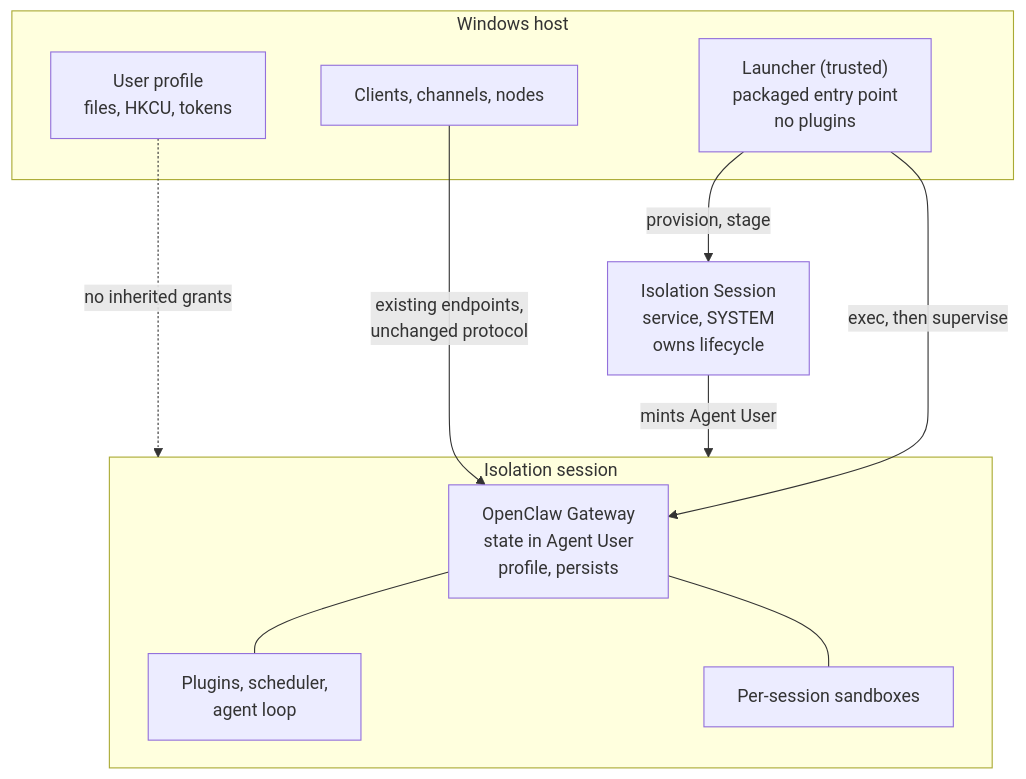
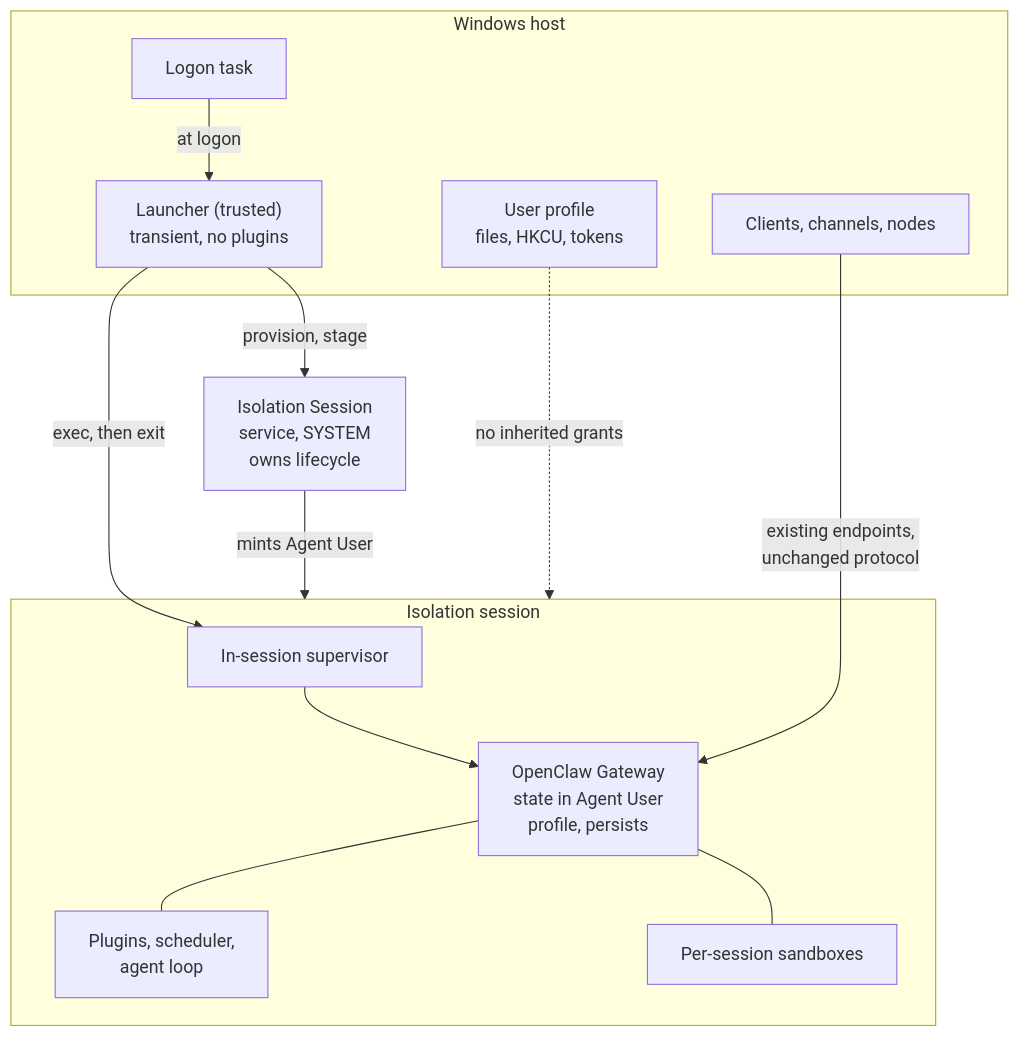
One commit to openclaw/rfcs changed the diagram in rfcs/0032-gateway-containment-windows-isolation-session.md. Above: the diagram before and after it, drawn with Mermaid. The commit also changed other lines of this file, not shown here.

First line of the commit message:
docs: correct the launcher lifetime -- it is transient, not resident

````diff
--- a/rfcs/0032-gateway-containment-windows-isolation-session.md
+++ b/rfcs/0032-gateway-containment-windows-isolation-session.md
@@ -339,24 +353,28 @@
 ```mermaid
 flowchart TB
   subgraph host["Windows host"]
     user["User profile<br/>files, HKCU, tokens"]
     client["Clients, channels, nodes"]
-    launcher["Launcher (trusted)<br/>packaged entry point<br/>no plugins"]
+    task["Logon task"]
+    launcher["Launcher (trusted)<br/>transient, no plugins"]
   end
 
   svc["Isolation Session<br/>service, SYSTEM<br/>owns lifecycle"]
 
   subgraph iso["Isolation session"]
+    sup["In-session supervisor"]
     gw["OpenClaw Gateway<br/>state in Agent User<br/>profile, persists"]
     plugins["Plugins, scheduler,<br/>agent loop"]
     sb["Per-session sandboxes"]
+    sup --> gw
     gw --- plugins
     gw --- sb
   end
 
+  task -->|"at logon"| launcher
   launcher -->|"provision, stage"| svc
   svc -->|"mints Agent User"| iso
-  launcher -->|"exec, then supervise"| gw
+  launcher -->|"exec, then exit"| sup
   client -->|"existing endpoints,<br/>unchanged protocol"| gw
   user -.->|"no inherited grants"| iso
 ```
````
